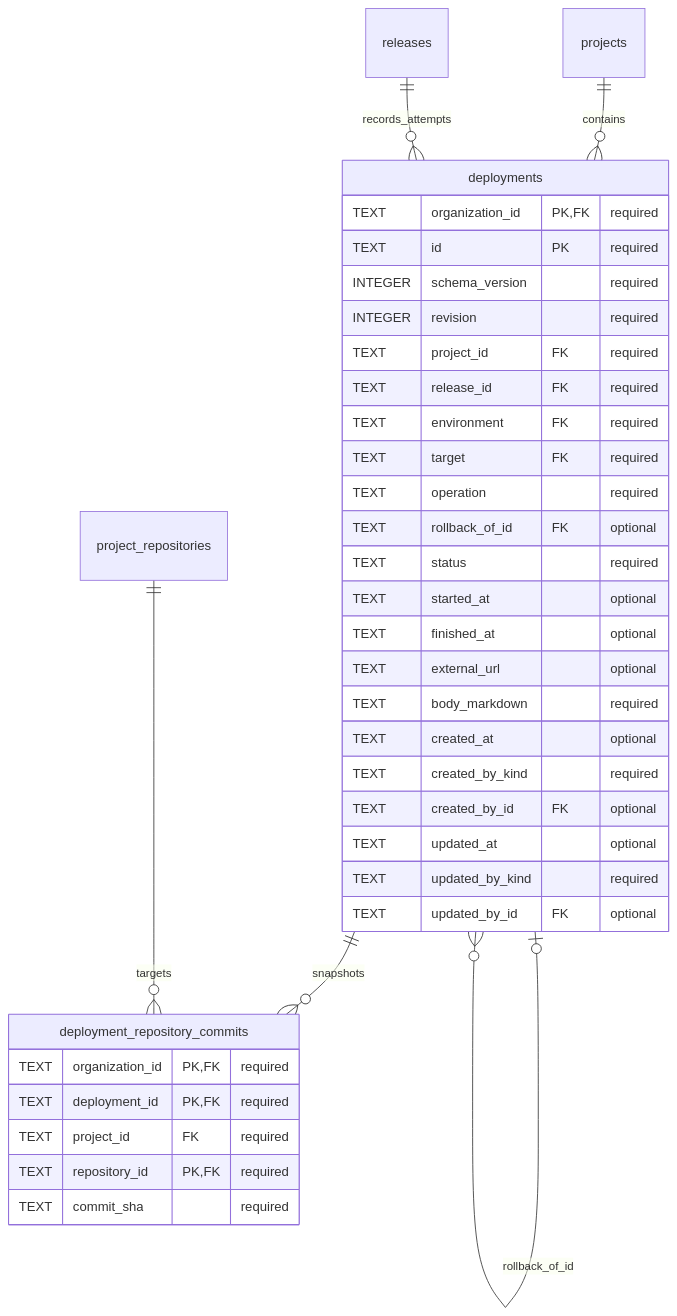
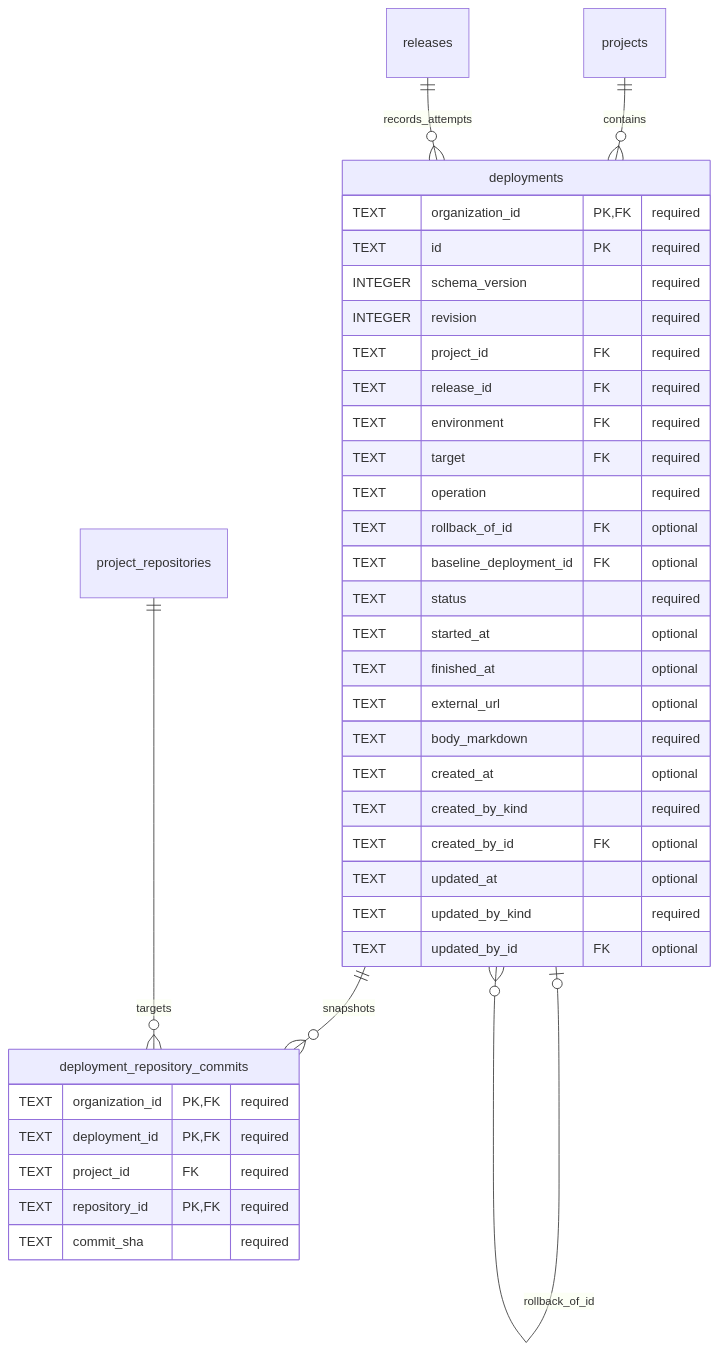
The diagram in docs/design/organization-data/07-release-deployments.md (vgmello/agentic-org), drawn with Mermaid before and after one commit. The commit also changed other lines of this file and 10 other files, not shown here.

````diff
--- a/docs/design/organization-data/07-release-deployments.md
+++ b/docs/design/organization-data/07-release-deployments.md
@@ -7,38 +7,39 @@
 ```mermaid
 erDiagram
     projects ||--o{ deployments : contains
     releases ||--o{ deployments : records_attempts
     deployments o|--o{ deployments : rollback_of_id
     deployments ||--o{ deployment_repository_commits : snapshots
     project_repositories ||--o{ deployment_repository_commits : targets
     deployments {
         TEXT organization_id PK, FK "required"
         TEXT id PK "required"
         INTEGER schema_version "required"
         INTEGER revision "required"
         TEXT project_id FK "required"
         TEXT release_id FK "required"
         TEXT environment FK "required"
         TEXT target FK "required"
         TEXT operation "required"
         TEXT rollback_of_id FK "optional"
+        TEXT baseline_deployment_id FK "optional"
         TEXT status "required"
         TEXT started_at "optional"
         TEXT finished_at "optional"
         TEXT external_url "optional"
         TEXT body_markdown "required"
         TEXT created_at "optional"
         TEXT created_by_kind "required"
         TEXT created_by_id FK "optional"
         TEXT updated_at "optional"
         TEXT updated_by_kind "required"
         TEXT updated_by_id FK "optional"
     }
     deployment_repository_commits {
         TEXT organization_id PK, FK "required"
         TEXT deployment_id PK, FK "required"
         TEXT project_id FK "required"
         TEXT repository_id PK, FK "required"
         TEXT commit_sha "required"
     }
 ```
````
